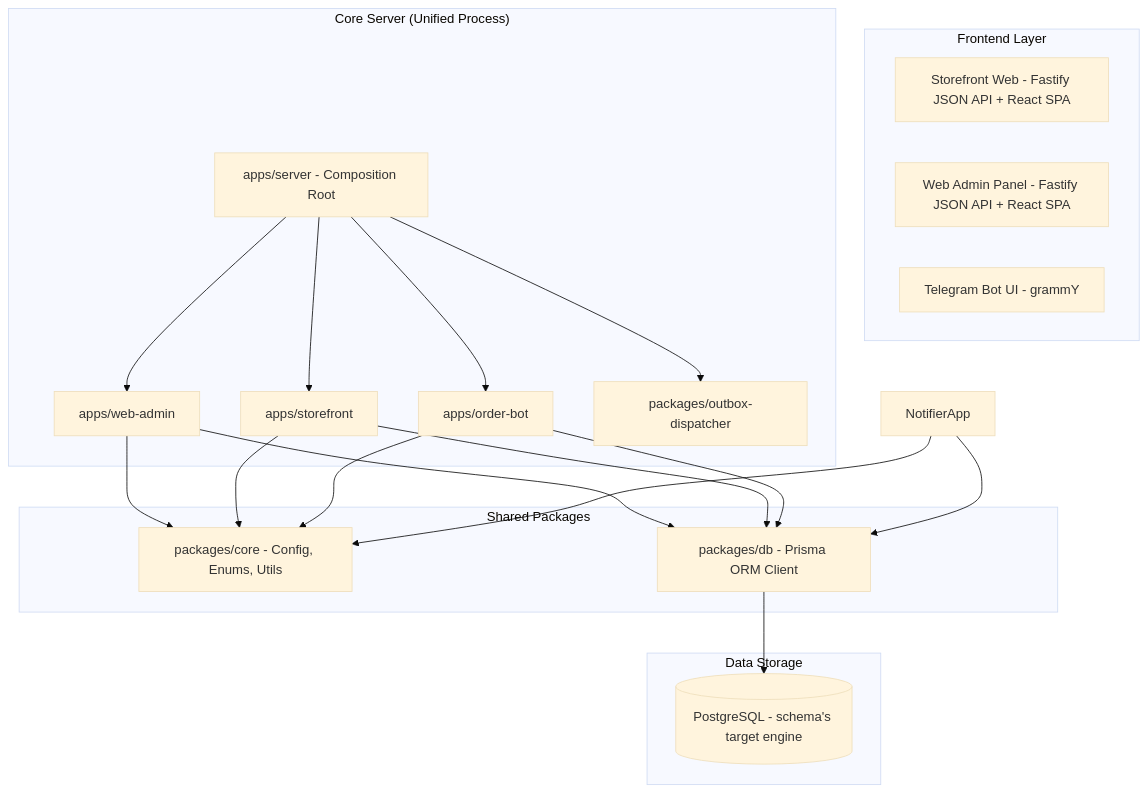
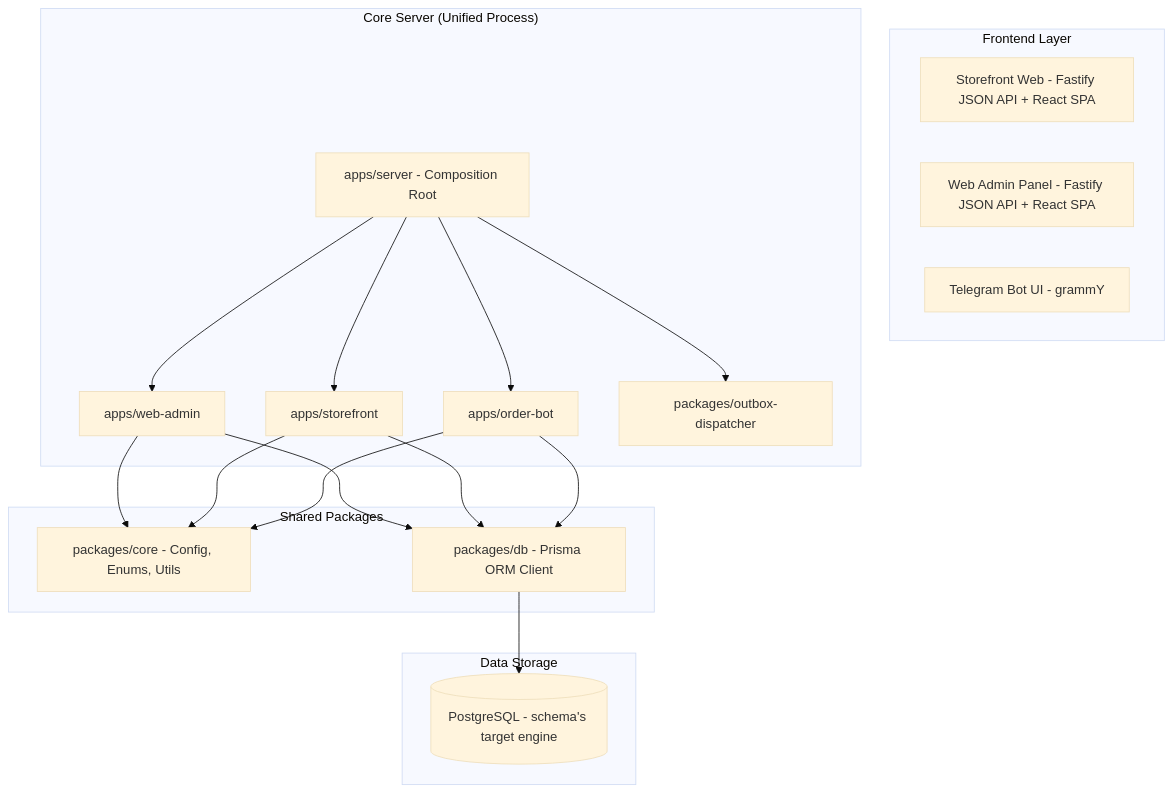
Before and after one commit to ilhamalifsaputra/web-and-bot-order: the first of 3 diagrams in docs/PROJECT_ARCHITECTURE.md, drawn with Mermaid (base theme). The commit also changed other lines of this file and 2 other files, not shown here.

Commit message:
docs: address final-review findings (accurate CSS claim, drop phantom NotifierApp/web-ui refs)
- docs/LOGGING.md: AuditPage.tsx uses `max-w-[320px] truncate` + title
  tooltip, not `break-all` — reword rule 4 to match.
- docs/PROJECT_ARCHITECTURE.md: drop undefined `NotifierApp` node from the
  composition-root Mermaid edges; delete the `packages/web-ui` Folder
  Responsibilities bullet (dir no longer exists, contradicted the tree);
  `NotificationOutbox` now drained by the in-process outbox-dispatcher,
  not a separate notifier service.
- DOCS.md: `apps/*` is four workspaces now, not five.

````diff
--- a/docs/PROJECT_ARCHITECTURE.md
+++ b/docs/PROJECT_ARCHITECTURE.md
@@ -11,29 +11,29 @@
 ```mermaid
 graph TD
     subgraph "Frontend Layer"
         ShopFront[Storefront Web - Fastify JSON API + React SPA]
         AdminFront[Web Admin Panel - Fastify JSON API + React SPA]
         BotUI[Telegram Bot UI - grammY]
     end
     
     subgraph "Core Server (Unified Process)"
         ServerRoot[apps/server - Composition Root]
         ServerRoot --> AdminApp[apps/web-admin]
         ServerRoot --> ShopApp[apps/storefront]
         ServerRoot --> BotApp[apps/order-bot]
         ServerRoot --> DispatcherPkg[packages/outbox-dispatcher]
     end
 
     subgraph "Shared Packages"
         CorePkg[packages/core - Config, Enums, Utils]
         DbPkg[packages/db - Prisma ORM Client]
     end
 
     subgraph "Data Storage"
         DB[(PostgreSQL - schema's target engine)]
     end
 
-    AdminApp & ShopApp & BotApp & NotifierApp --> CorePkg
-    AdminApp & ShopApp & BotApp & NotifierApp --> DbPkg
+    AdminApp & ShopApp & BotApp --> CorePkg
+    AdminApp & ShopApp & BotApp --> DbPkg
     DbPkg --> DB
 ```
````
